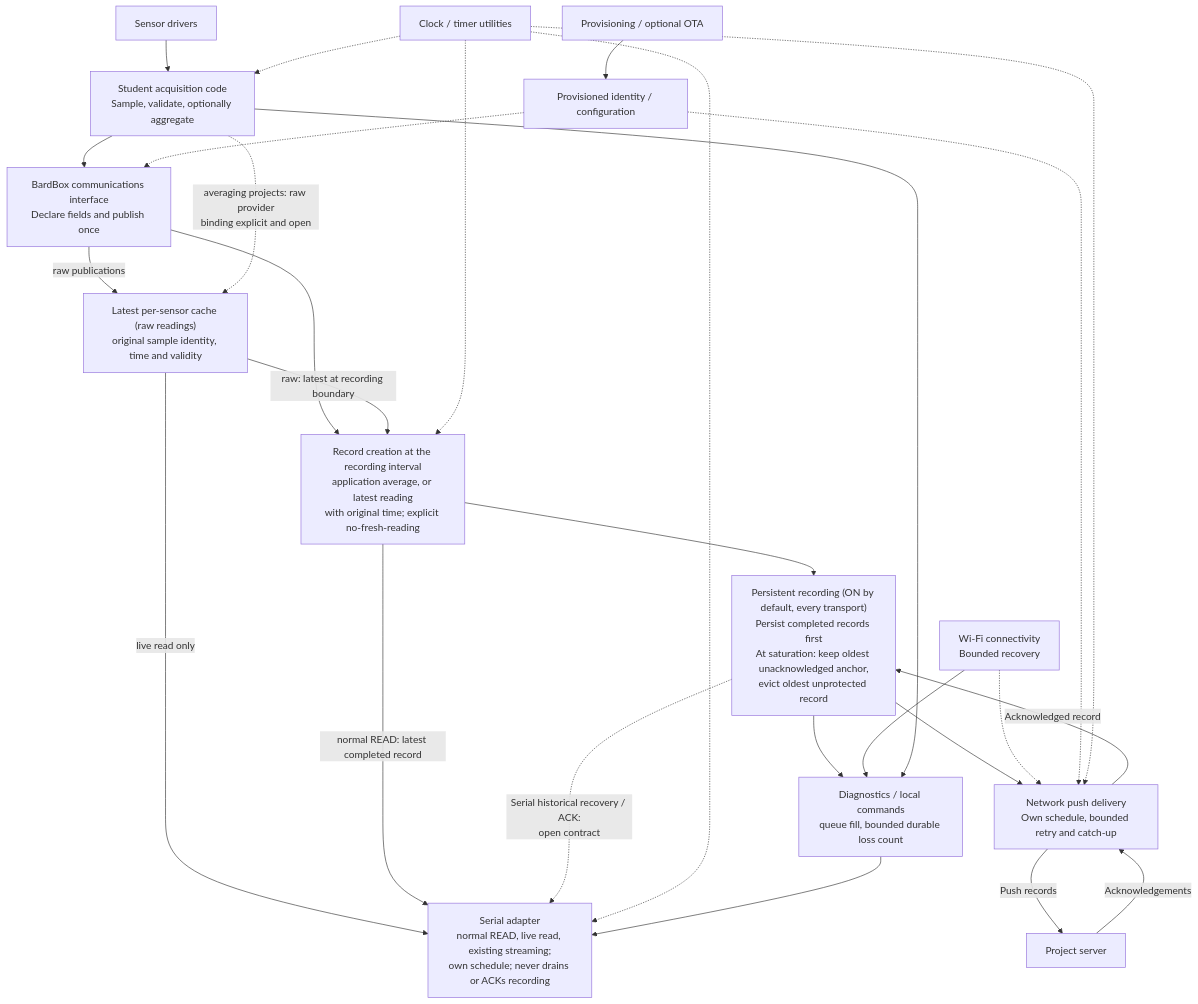
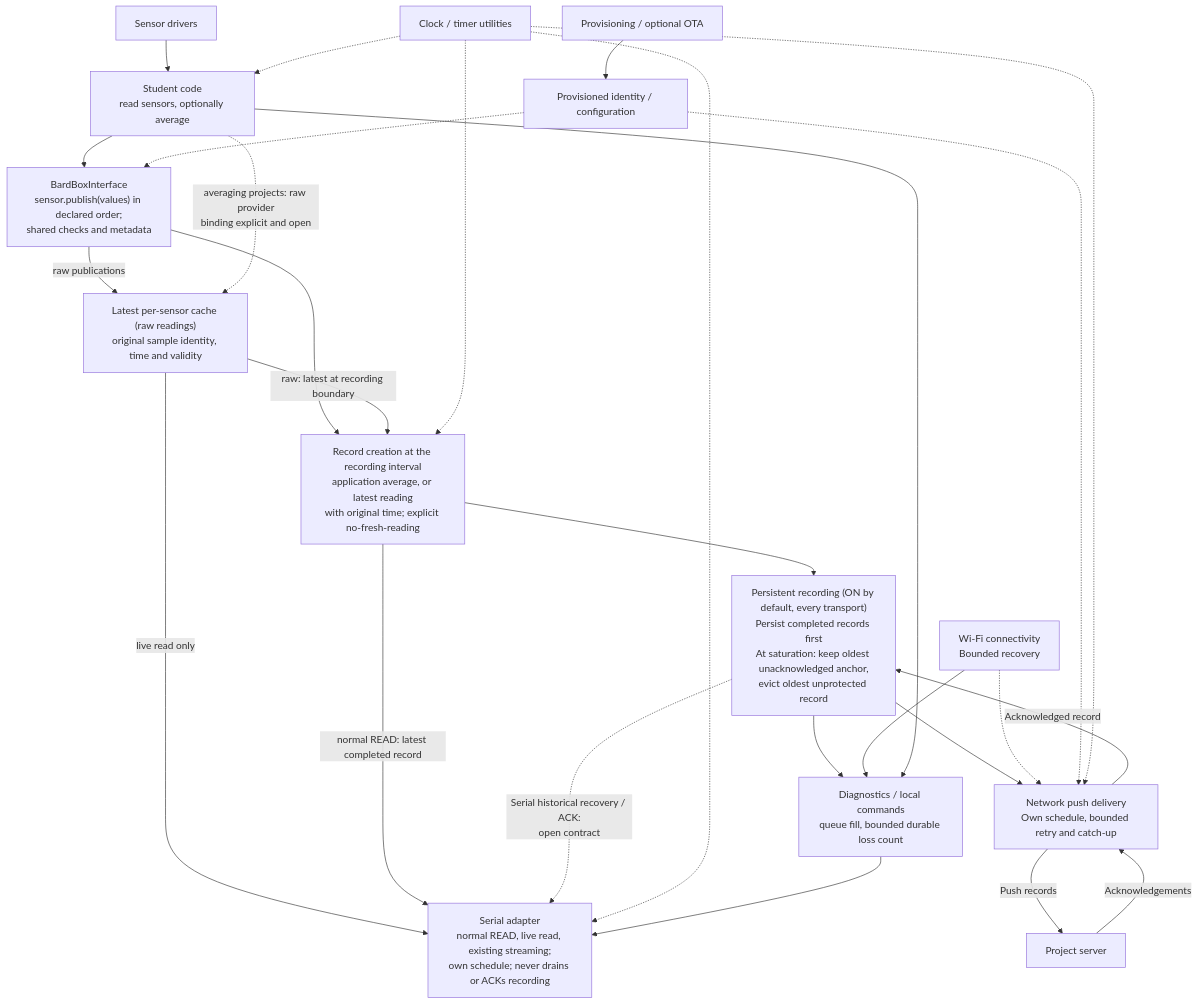
One commit to bardphysicslab/bardbox changed the first of 3 diagrams in docs/architecture-map.md. Above: the diagram before and after it, drawn with Mermaid. The commit also changed other lines of this file and 4 other files, not shown here.

````diff
--- a/docs/architecture-map.md
+++ b/docs/architecture-map.md
@@ -44,30 +45,30 @@
 ```mermaid
 flowchart TB
-    Sensors["Sensor drivers"] --> Acquisition["Student acquisition code<br/>Sample, validate, optionally aggregate"]
-    Acquisition --> Publish["BardBox communications interface<br/>Declare fields and publish once"]
+    Sensors["Sensor drivers"] --> Acquisition["Student code<br/>read sensors, optionally average"]
+    Acquisition --> Publish["BardBoxInterface<br/>sensor.publish(values) in declared order;<br/>shared checks and metadata"]
     Publish -->|"raw publications"| Latest["Latest per-sensor cache (raw readings)<br/>original sample identity, time and validity"]
     Acquisition -.->|"averaging projects: raw provider<br/>binding explicit and open"| Latest
     Latest -->|"live read only"| Serial["Serial adapter<br/>normal READ, live read, existing streaming;<br/>own schedule; never drains or ACKs recording"]
     Publish --> Records["Record creation at the recording interval<br/>application average, or latest reading<br/>with original time; explicit no-fresh-reading"]
     Latest -->|"raw: latest at recording boundary"| Records
     Records -->|"normal READ: latest completed record"| Serial
     Records --> Queue["Persistent recording (ON by default, every transport)<br/>Persist completed records first<br/>At saturation: keep oldest unacknowledged anchor,<br/>evict oldest unprotected record"]
     Queue --> Upload["Network push delivery<br/>Own schedule, bounded retry and catch-up"]
     Upload -->|Acknowledged record| Queue
     Upload -->|Push records| Server["Project server"]
     Server -->|Acknowledgements| Upload
     Queue -.->|"Serial historical recovery / ACK:<br/>open contract"| Serial
     WiFi["Wi-Fi connectivity<br/>Bounded recovery"] -.-> Upload
     Identity["Provisioned identity / configuration"] -.-> Publish
     Identity -.-> Upload
     Time["Clock / timer utilities"] -.-> Acquisition
     Time -.-> Records
     Time -.-> Serial
     Time -.-> Upload
     Diagnostics["Diagnostics / local commands<br/>queue fill, bounded durable loss count"]
     Queue --> Diagnostics
     WiFi --> Diagnostics
     Acquisition --> Diagnostics
     Diagnostics --> Serial
     Maintenance["Provisioning / optional OTA"] --> Identity
 ```
````
